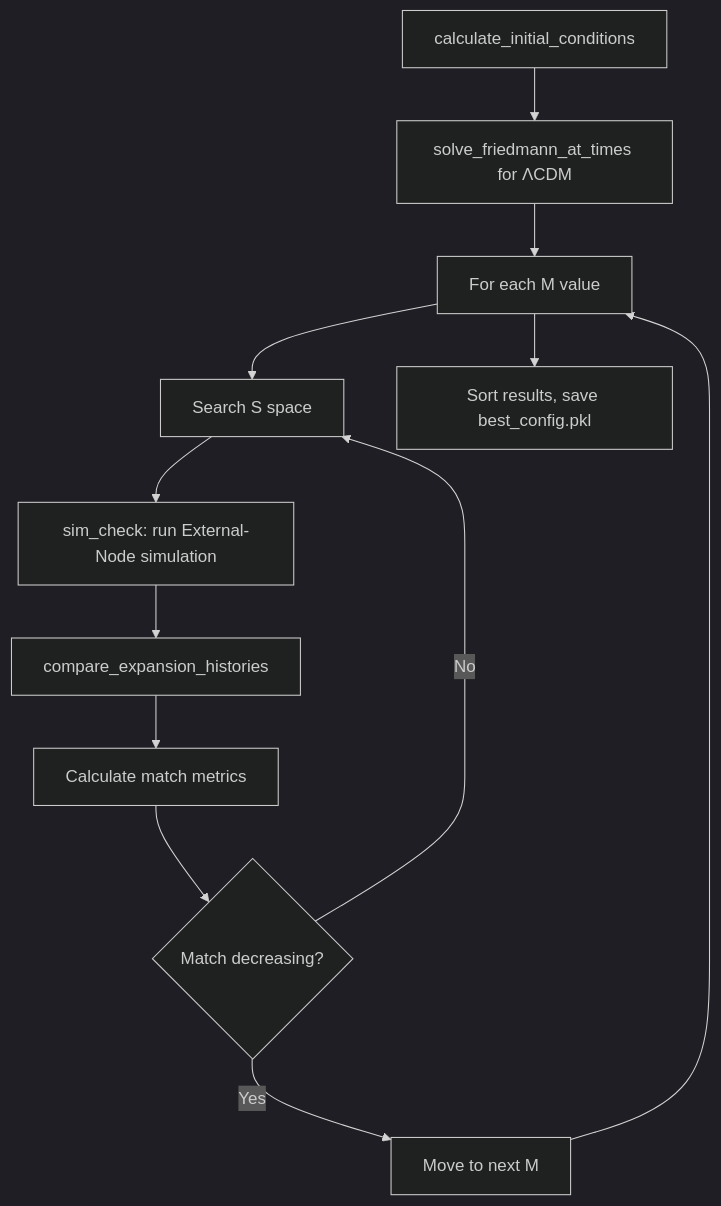
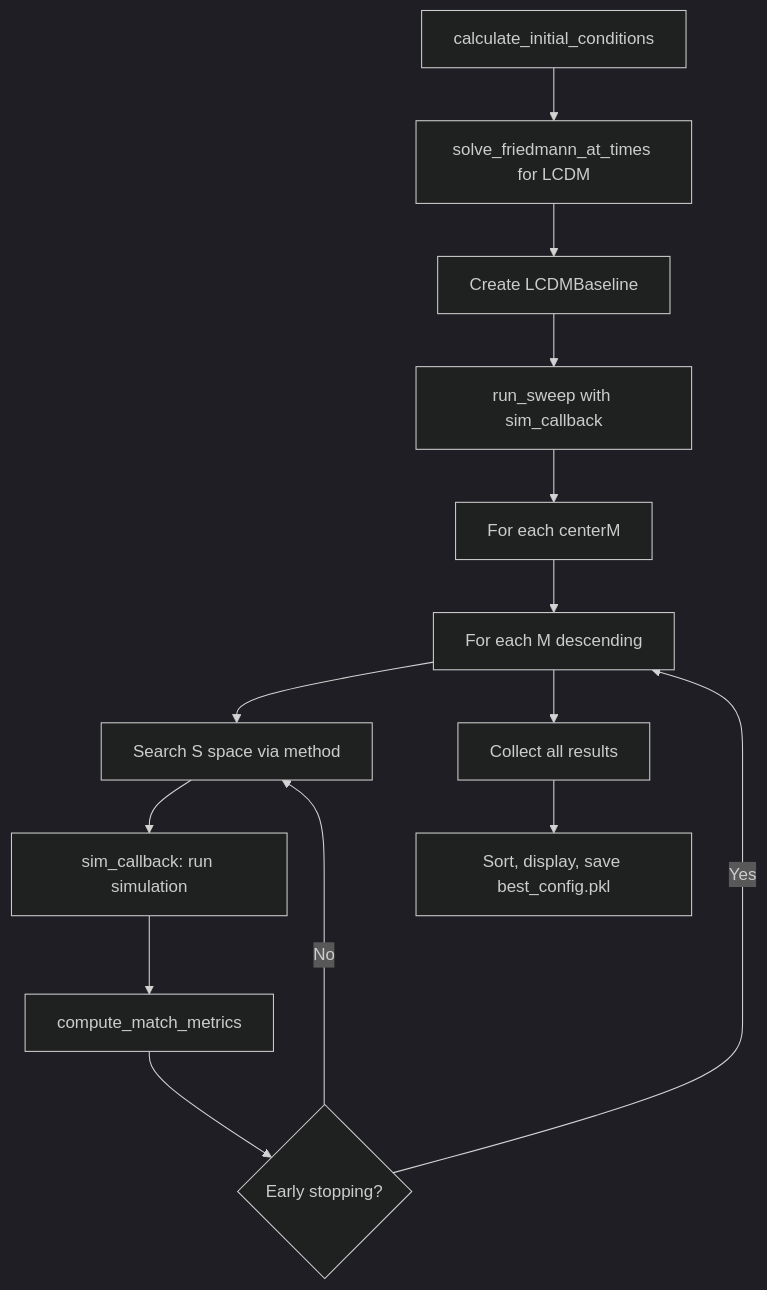
One commit to MartinGamsby/ProgenitorNodeModelCosmology changed the diagram in lode/scripts/parameter-sweep.md. Above: the diagram before and after it, drawn with Mermaid (dark theme). The commit also changed other lines of this file and 14 other files, not shown here.

````diff
--- a/lode/scripts/parameter-sweep.md
+++ b/lode/scripts/parameter-sweep.md
@@ -55,14 +115,16 @@
 ```mermaid
 graph TD
-    A[calculate_initial_conditions] --> B[solve_friedmann_at_times for ΛCDM]
-    B --> C[For each M value]
-    C --> D[Search S space]
-    D --> E[sim_check: run External-Node simulation]
-    E --> F[compare_expansion_histories]
-    F --> G[Calculate match metrics]
-    G --> H{Match decreasing?}
-    H -->|No| D
-    H -->|Yes| I[Move to next M]
-    I --> C
-    C --> J[Sort results, save best_config.pkl]
+    A[calculate_initial_conditions] --> B[solve_friedmann_at_times for LCDM]
+    B --> C[Create LCDMBaseline]
+    C --> D[run_sweep with sim_callback]
+    D --> E[For each centerM]
+    E --> F[For each M descending]
+    F --> G[Search S space via method]
+    G --> H[sim_callback: run simulation]
+    H --> I[compute_match_metrics]
+    I --> J{Early stopping?}
+    J -->|No| G
+    J -->|Yes| F
+    F --> K[Collect all results]
+    K --> L[Sort, display, save best_config.pkl]
 ```
````
